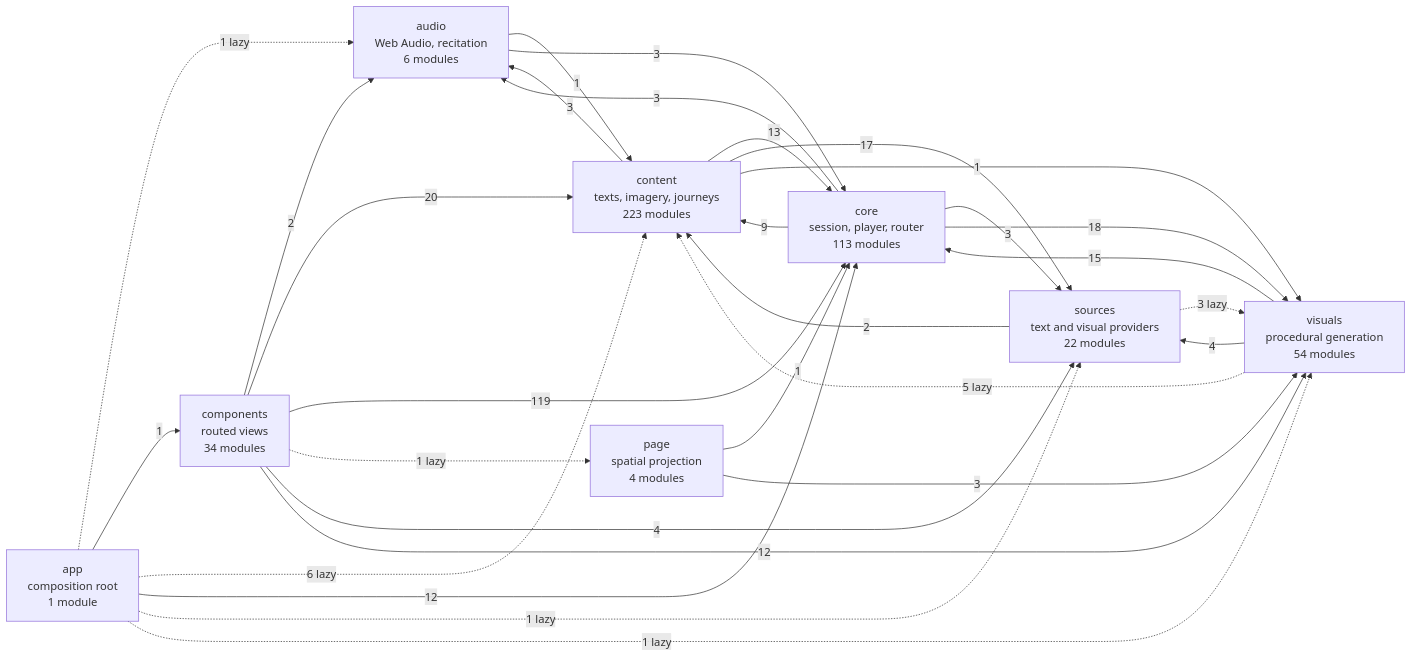
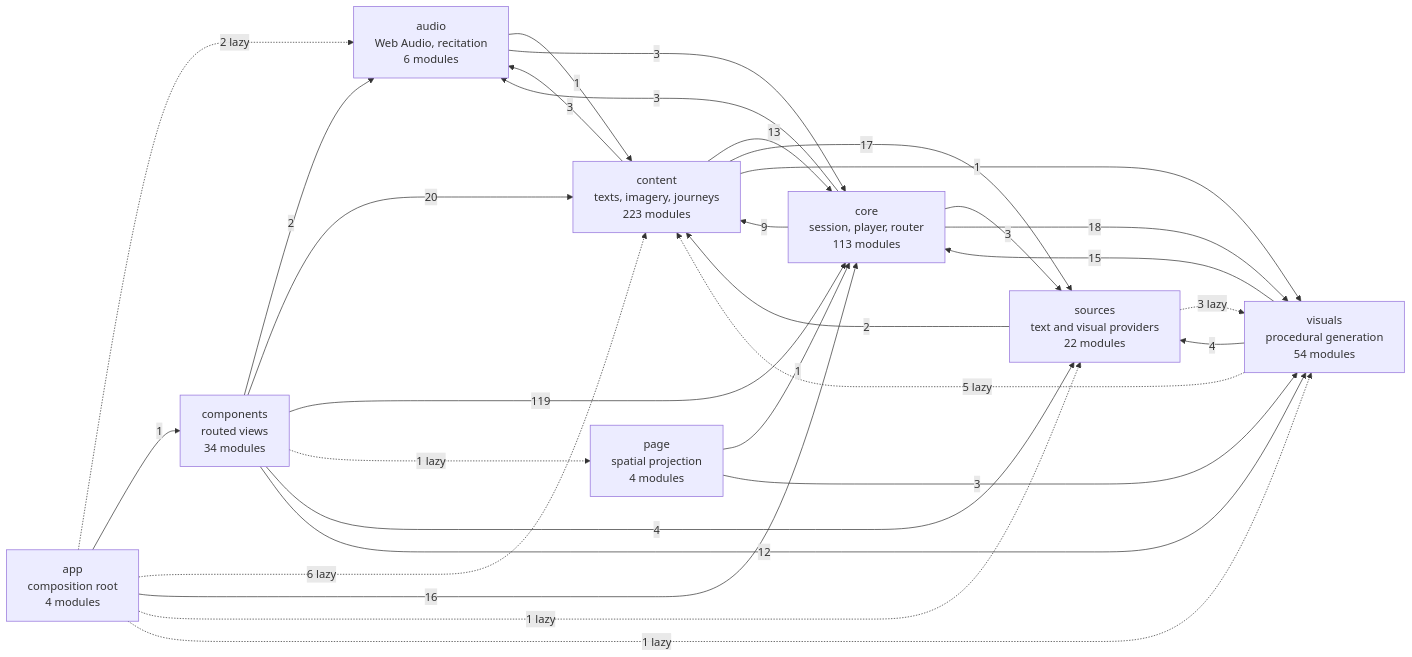
The diagram in docs/specs/ARCHITECTURE.md (SyberLabs/RISE), drawn with Mermaid before and after one commit.

Commit message:
docs: refresh application dependency graph

````diff
--- a/docs/specs/ARCHITECTURE.md
+++ b/docs/specs/ARCHITECTURE.md
@@ -149,41 +149,41 @@
 ```mermaid
 flowchart LR
-    app["app<br/>composition root<br/>1 module"]
+    app["app<br/>composition root<br/>4 modules"]
     audio["audio<br/>Web Audio, recitation<br/>6 modules"]
     components["components<br/>routed views<br/>34 modules"]
     content["content<br/>texts, imagery, journeys<br/>223 modules"]
     core["core<br/>session, player, router<br/>113 modules"]
     page["page<br/>spatial projection<br/>4 modules"]
     sources["sources<br/>text and visual providers<br/>22 modules"]
     visuals["visuals<br/>procedural generation<br/>54 modules"]
 
-    app -.-> |1 lazy| audio
+    app -.-> |2 lazy| audio
     app --> |1| components
     app -.-> |6 lazy| content
-    app --> |12| core
+    app --> |16| core
     app -.-> |1 lazy| sources
     app -.-> |1 lazy| visuals
     audio --> |1| content
     audio --> |3| core
     components --> |2| audio
     components --> |20| content
     components --> |119| core
     components -.-> |1 lazy| page
     components --> |4| sources
     components --> |12| visuals
     content --> |3| audio
     content --> |13| core
     content --> |17| sources
     content --> |1| visuals
     core --> |3| audio
     core --> |9| content
     core --> |3| sources
     core --> |18| visuals
     page --> |1| core
     page --> |3| visuals
     sources --> |2| content
     sources -.-> |3 lazy| visuals
     visuals -.-> |5 lazy| content
     visuals --> |15| core
     visuals --> |4| sources
 ```
````
